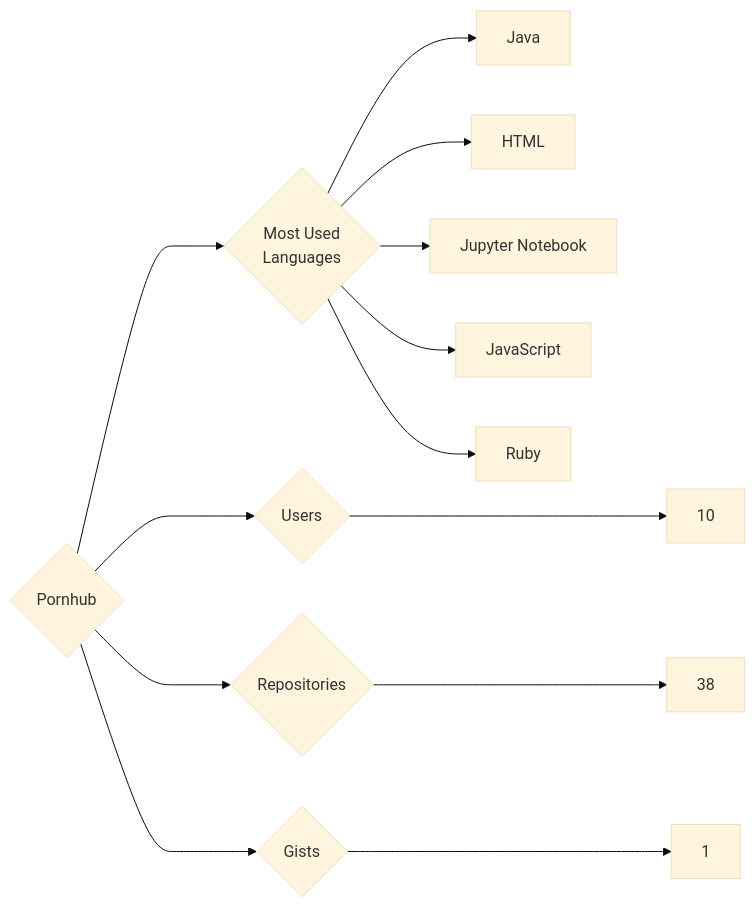
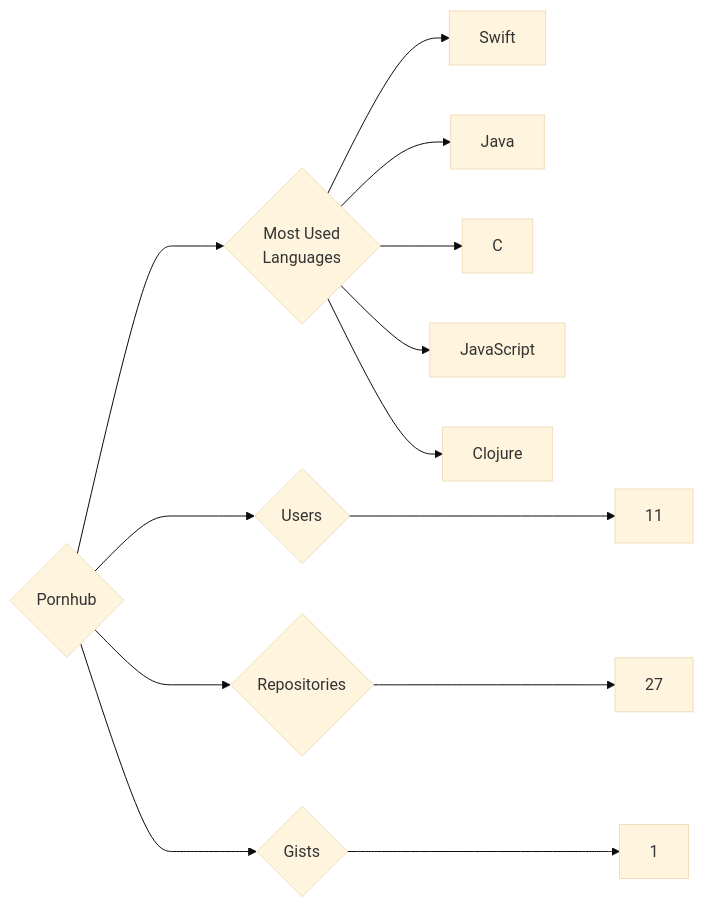
The diagram in targets/Pornhub/README.md (trickest/insiders), drawn with Mermaid (base theme) before and after one commit. The commit also changed 939 other files, not shown here.

````diff
--- a/targets/Pornhub/README.md
+++ b/targets/Pornhub/README.md
@@ -3,13 +3,13 @@
 ```mermaid
 graph LR
 COMPANY_NAME{Pornhub}
-COMPANY_NAME ---> U{Users} ---> UN[10]
-COMPANY_NAME ---> R{Repositories} ---> RN[38]
+COMPANY_NAME ---> U{Users} ---> UN[11]
+COMPANY_NAME ---> R{Repositories} ---> RN[27]
 COMPANY_NAME ---> G{Gists} ---> GN[1]
 COMPANY_NAME ---> ML{Most Used<br>Languages}
+ML --> Swift[Swift]
 ML --> Java[Java]
-ML --> HTML[HTML]
-ML --> Jupyter_Notebook[Jupyter Notebook]
+ML --> C[C]
 ML --> JavaScript[JavaScript]
-ML --> Ruby[Ruby]
+ML --> Clojure[Clojure]
 ```
````
